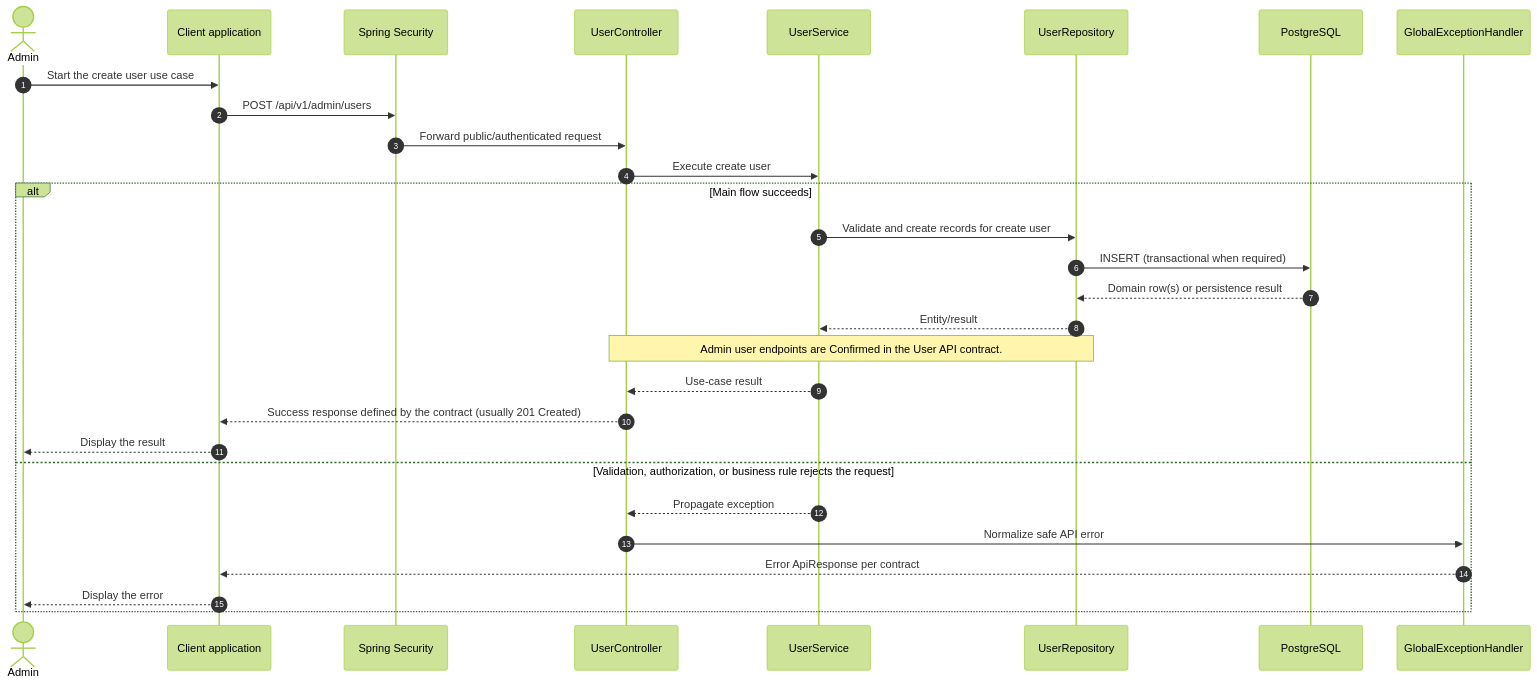
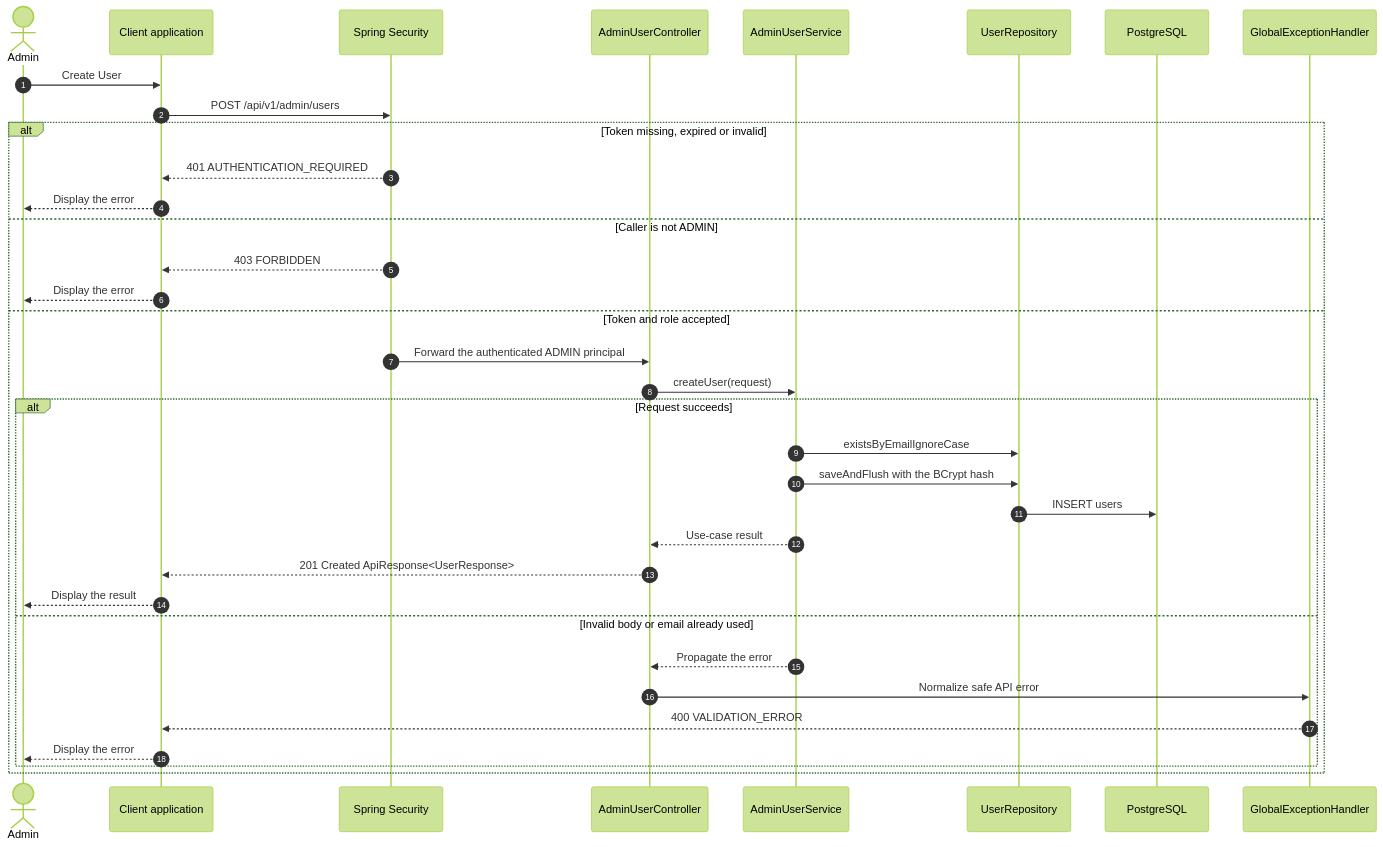
The diagram in sequence-diagram/admin/create-user.md (e-commercial-marketplace/commerce-platform-docs), drawn with Mermaid (forest theme) before and after one commit. The commit also changed other lines of this file and 232 other files, not shown here.

Commit message:
docs(usecase): align use cases, specs, activity and sequence diagrams with the backend

````diff
--- a/sequence-diagram/admin/create-user.md
+++ b/sequence-diagram/admin/create-user.md
@@ -9,31 +7,37 @@
 ```mermaid
 sequenceDiagram
     autonumber
     actor Admin
     participant Client as Client application
     participant Security as Spring Security
-    participant Controller as UserController
-    participant Service as UserService
+    participant Controller as AdminUserController
+    participant Service as AdminUserService
     participant Repo as UserRepository
     participant DB as PostgreSQL
     participant Handler as GlobalExceptionHandler
-    Admin->>Client: Start the create user use case
+    Admin->>Client: Create User
     Client->>Security: POST /api/v1/admin/users
-    Security->>Controller: Forward public/authenticated request
-    Controller->>Service: Execute create user
-    alt Main flow succeeds
-        Service->>Repo: Validate and create records for create user
-        Repo->>DB: INSERT (transactional when required)
-        DB-->>Repo: Domain row(s) or persistence result
-        Repo-->>Service: Entity/result
-        Note over Controller,Repo: Admin user endpoints are Confirmed in the User API contract.
-        Service-->>Controller: Use-case result
-        Controller-->>Client: Success response defined by the contract (usually 201 Created)
-        Client-->>Admin: Display the result
-    else Validation, authorization, or business rule rejects the request
-        Service-->>Controller: Propagate exception
-        Controller->>Handler: Normalize safe API error
-        Handler-->>Client: Error ApiResponse per contract
+    alt Token missing, expired or invalid
+        Security-->>Client: 401 AUTHENTICATION_REQUIRED
         Client-->>Admin: Display the error
+    else Caller is not ADMIN
+        Security-->>Client: 403 FORBIDDEN
+        Client-->>Admin: Display the error
+    else Token and role accepted
+        Security->>Controller: Forward the authenticated ADMIN principal
+        Controller->>Service: createUser(request)
+        alt Request succeeds
+            Service->>Repo: existsByEmailIgnoreCase
+            Service->>Repo: saveAndFlush with the BCrypt hash
+            Repo->>DB: INSERT users
+            Service-->>Controller: Use-case result
+            Controller-->>Client: 201 Created ApiResponse<UserResponse>
+            Client-->>Admin: Display the result
+        else Invalid body or email already used
+            Service-->>Controller: Propagate the error
+            Controller->>Handler: Normalize safe API error
+            Handler-->>Client: 400 VALIDATION_ERROR
+            Client-->>Admin: Display the error
+        end
     end
 ```
````
